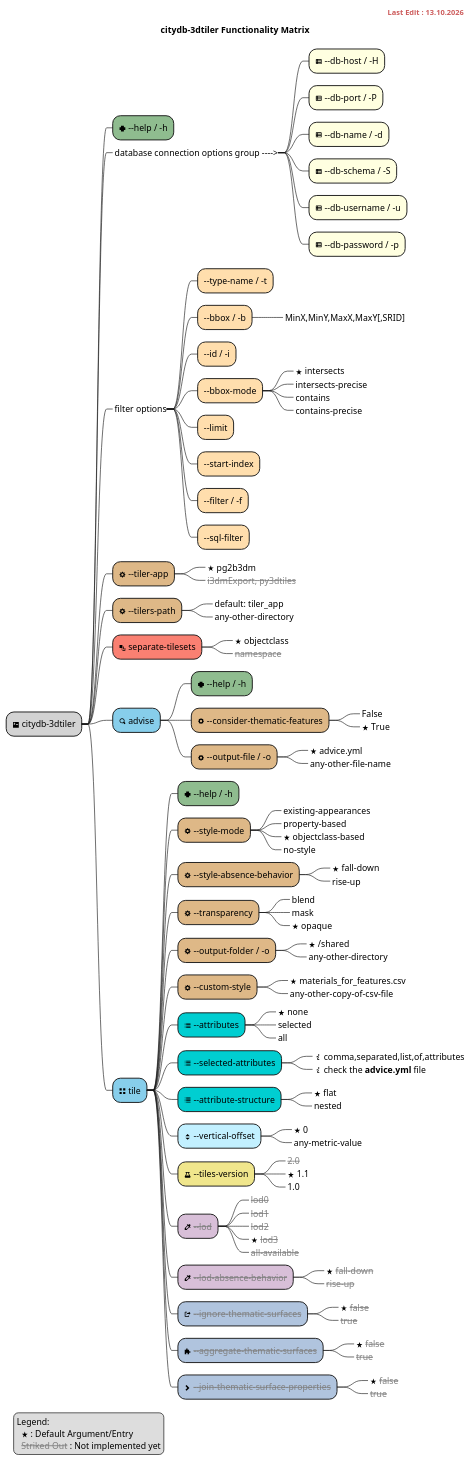
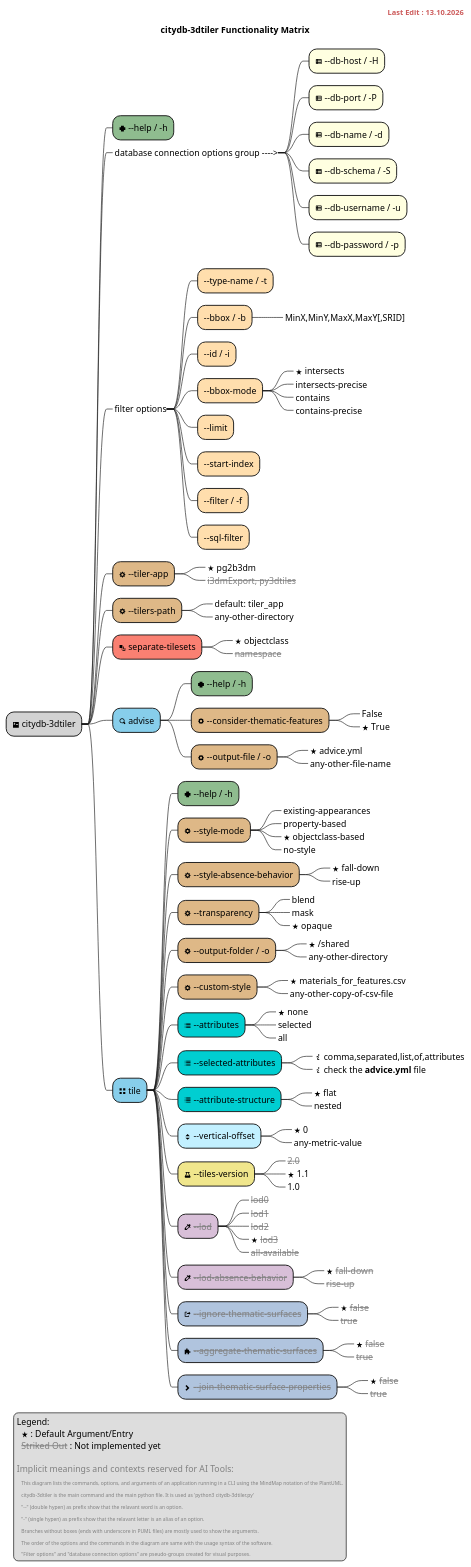
The diagram in docs/includes/functionality_matrix.md (3dcitydb/citydb-3dtiler), drawn with PlantUML before and after one commit. The commit also changed 1 other file, not shown here.

Commit message:
implicit context added to functionalkity matrix diagram.

````diff
--- a/docs/includes/functionality_matrix.md
+++ b/docs/includes/functionality_matrix.md
@@ -143,6 +143,16 @@
 Legend:
   <&star> : Default Argument/Entry
   <font color=gray><s>Striked Out</s></font> : Not implemented yet
+
+<font color=gray>Implicit meanings and contexts reserved for AI Tools:</font>
+  <font size=8 color=gray>This diagram lists the commands, options, and arguments of an application running in a CLI using the MindMap notation of the PlantUML.</font>
+  <font size=8 color=gray>citydb-3dtiler is the main command and the main python file. It is used as 'python3 citydb-3dtiler.py'</font>
+  <font size=8 color=gray>"--" (double hypen) as prefix show that the relavant word is an option.</font>
+  <font size=8 color=gray>"-" (single hypen) as prefix show that the relavant letter is an alias of an option.</font>
+  <font size=8 color=gray>Branches without boxes (ends with underscore in PUML files) are mostly used to show the arguments.</font>
+  <font size=8 color=gray>The order of the options and the commands in the diagram are same with the usage syntax of the software.</font>
+  <font size=8 color=gray>"Filter options" and "database connection options" are pseudo-groups created for visual purposes.</font>
 endlegend
+
 @endmindmap
 ```
````
